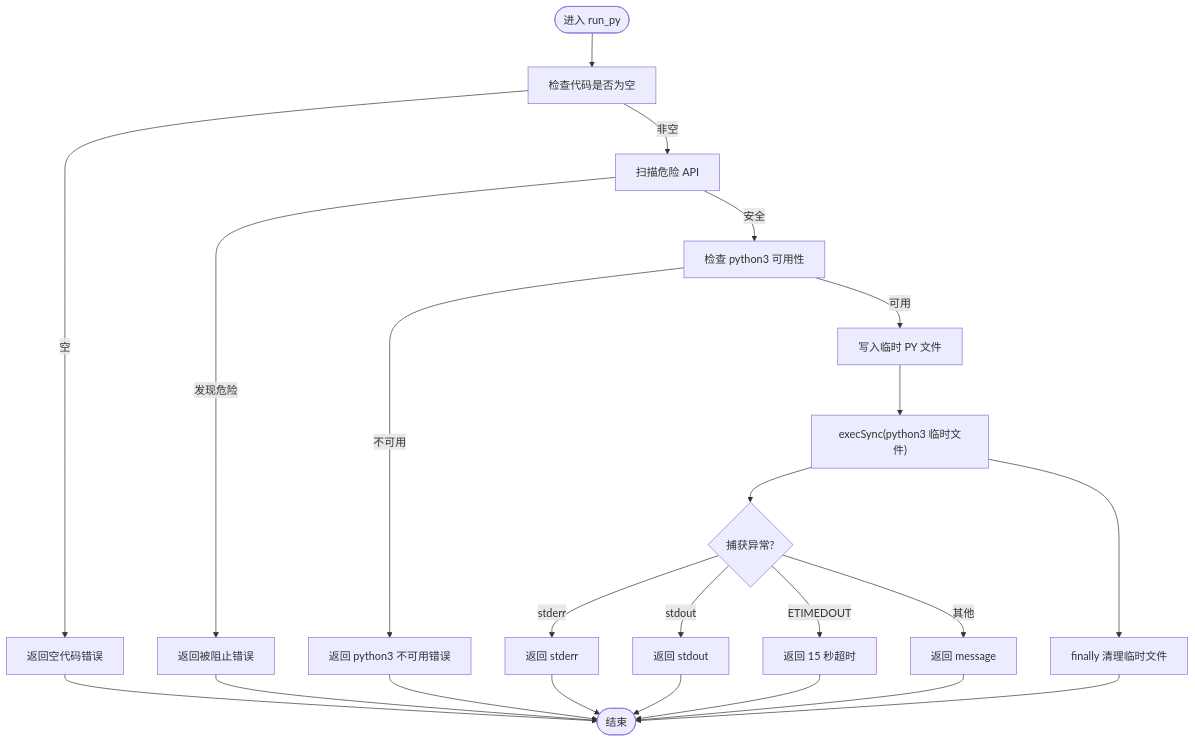
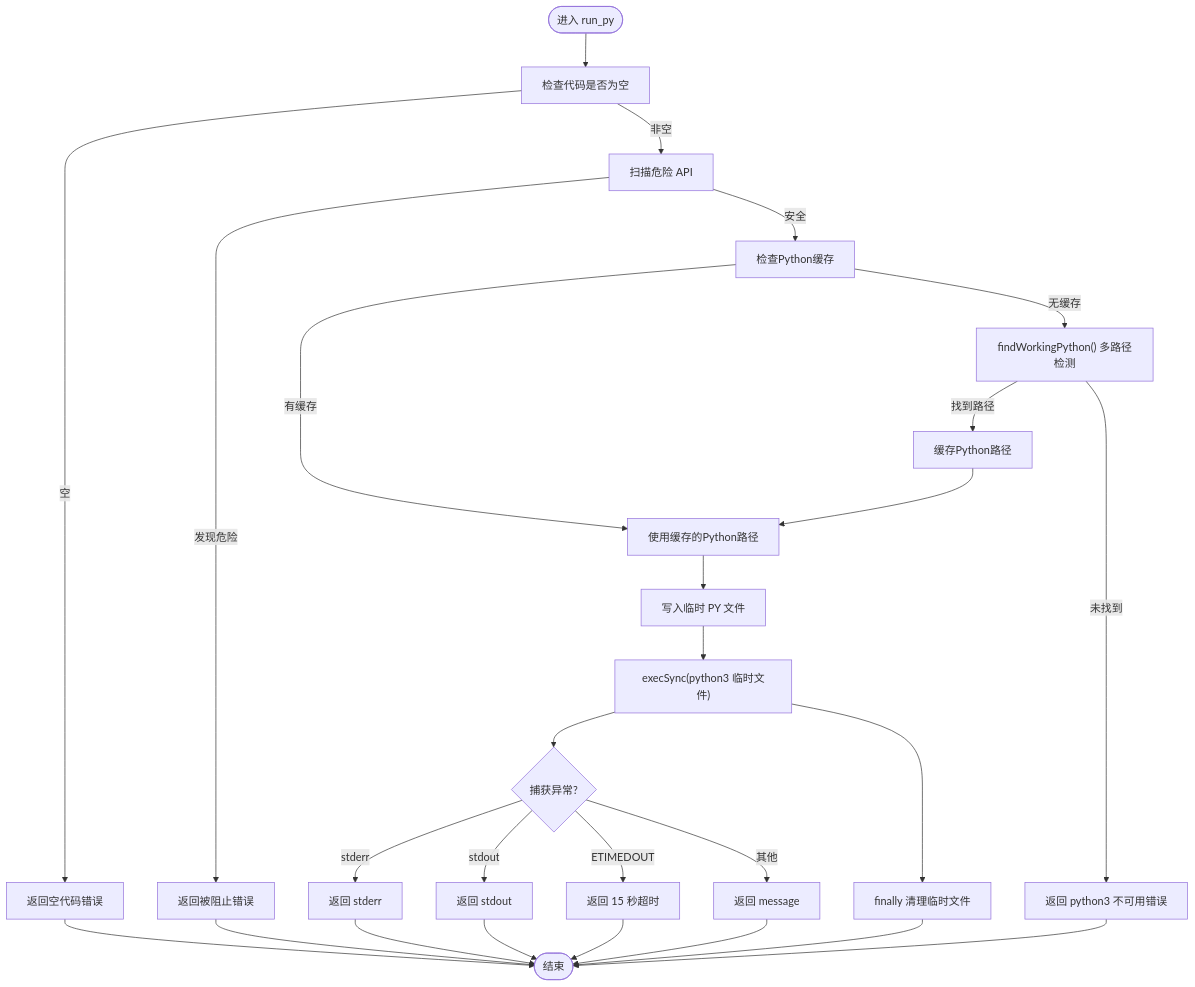
The fourth of 6 diagrams in .qoder/repowiki/zh/content/工具系统/代码执行工具.md (HAOFUYANG/onion-code), drawn with Mermaid before and after one commit. The commit also changed other lines of this file and 12 other files, not shown here.

````diff
--- a/.qoder/repowiki/zh/content/工具系统/代码执行工具.md
+++ b/.qoder/repowiki/zh/content/工具系统/代码执行工具.md
@@ -204,25 +225,29 @@
 ```mermaid
 flowchart TD
 Start(["进入 run_py"]) --> CheckEmpty["检查代码是否为空"]
 CheckEmpty --> |空| ReturnEmpty["返回空代码错误"]
 CheckEmpty --> |非空| ScanDanger["扫描危险 API"]
 ScanDanger --> |发现危险| Block["返回被阻止错误"]
-ScanDanger --> |安全| CheckPy["检查 python3 可用性"]
-CheckPy --> |不可用| PyErr["返回 python3 不可用错误"]
-CheckPy --> |可用| WriteTmp["写入临时 PY 文件"]
+ScanDanger --> |安全| CheckCache["检查Python缓存"]
+CheckCache --> |有缓存| UseCached["使用缓存的Python路径"]
+CheckCache --> |无缓存| DetectPython["findWorkingPython() 多路径检测"]
+DetectPython --> |找到路径| CachePath["缓存Python路径"]
+DetectPython --> |未找到| PyErr["返回 python3 不可用错误"]
+CachePath --> UseCached
+UseCached --> WriteTmp["写入临时 PY 文件"]
 WriteTmp --> Exec["execSync(python3 临时文件)"]
 Exec --> CatchErr{"捕获异常?"}
 CatchErr --> |stderr| ReturnStderr["返回 stderr"]
 CatchErr --> |stdout| ReturnStdout["返回 stdout"]
 CatchErr --> |ETIMEDOUT| Timeout["返回 15 秒超时"]
 CatchErr --> |其他| ReturnMsg["返回 message"]
 Exec --> Finally["finally 清理临时文件"]
 ReturnEmpty --> End(["结束"])
 Block --> End
 PyErr --> End
 ReturnStderr --> End
 ReturnStdout --> End
 Timeout --> End
 ReturnMsg --> End
 Finally --> End
 ```
````
